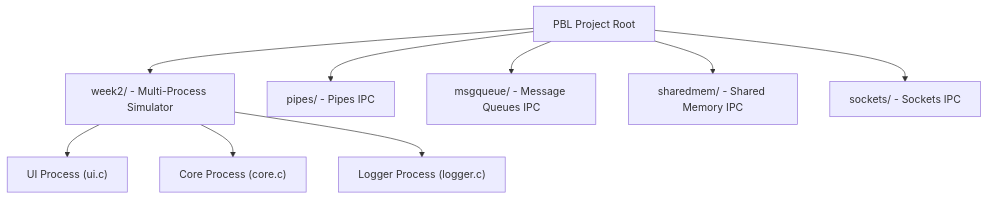
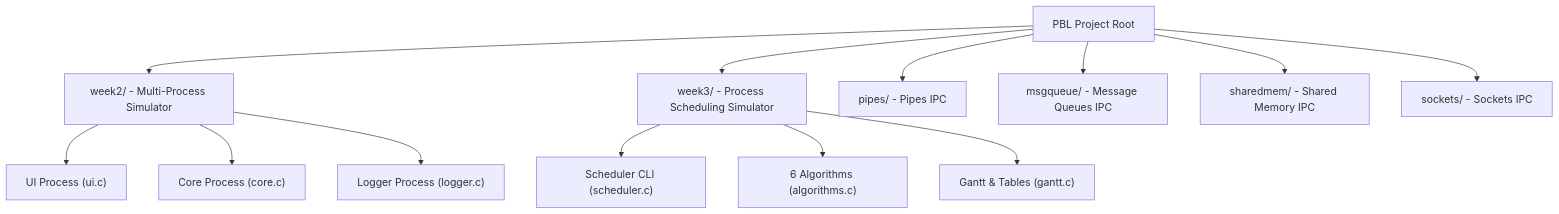
Before and after one commit to anamosa101-coder/PBL: the diagram in README.md, drawn with Mermaid. The commit also changed other lines of this file and 7 other files, not shown here.

````diff
--- a/README.md
+++ b/README.md
@@ -13,13 +13,18 @@
 ```mermaid
 graph TD
     Root["PBL Project Root"]
     Root --> W2["week2/ - Multi-Process Simulator"]
+    Root --> W3["week3/ - Process Scheduling Simulator"]
     Root --> Pipes["pipes/ - Pipes IPC"]
     Root --> MQ["msgqueue/ - Message Queues IPC"]
     Root --> SHM["sharedmem/ - Shared Memory IPC"]
     Root --> Sockets["sockets/ - Sockets IPC"]
 
     W2 --> UI["UI Process (ui.c)"]
     W2 --> Core["Core Process (core.c)"]
     W2 --> Logger["Logger Process (logger.c)"]
+
+    W3 --> Sched["Scheduler CLI (scheduler.c)"]
+    W3 --> Algo["6 Algorithms (algorithms.c)"]
+    W3 --> Gantt["Gantt & Tables (gantt.c)"]
 ```
````
